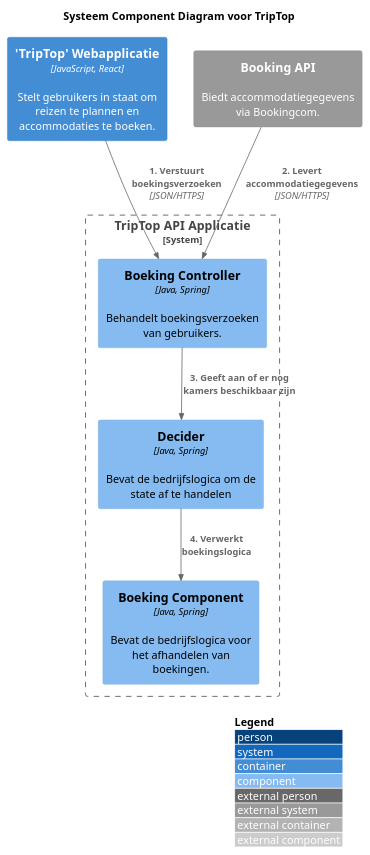
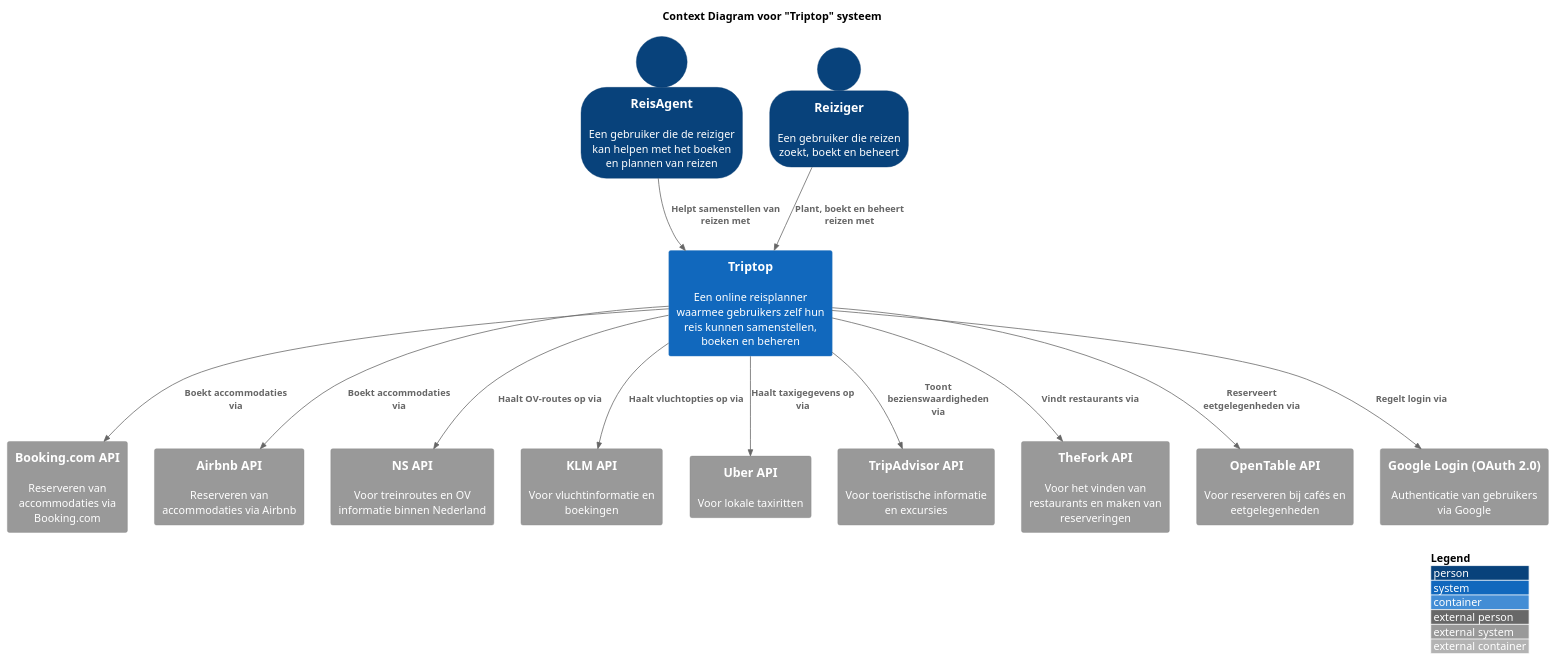
One commit to AIM-ENE-feb25/triptop-groep-4-afscheidscadeau-voor-juf-kim changed the diagram in opdracht-diagrammen/Context Diagram.puml. Above: the diagram before and after it, drawn with PlantUML.

Commit message:
Teruggezet Context Diagram

```diff
--- a/opdracht-diagrammen/Context Diagram.puml
+++ b/opdracht-diagrammen/Context Diagram.puml
@@ -1,24 +1,41 @@
-@startuml
-!include https://raw.githubusercontent.com/plantuml-stdlib/C4-PlantUML/master/C4_Component.puml
-title Systeem Component Diagram voor TripTop
+@startuml C4_Elements
+!include https://raw.githubusercontent.com/plantuml-stdlib/C4-PlantUML/master/C4_Container.puml
 
+title Context Diagram voor "Triptop" systeem
+
+SHOW_PERSON_OUTLINE()
 LAYOUT_WITH_LEGEND()
 
-Container(webapp, "'TripTop' Webapplicatie", "JavaScript, React", "Stelt gebruikers in staat om reizen te plannen en accommodaties te boeken.")
+Person(ReisAgent, "ReisAgent", "Een gebruiker die de reiziger kan helpen met het boeken en plannen van reizen")
 
-System_Boundary(triptop, "TripTop API Applicatie") {
+Person(Reiziger, "Reiziger", "Een gebruiker die reizen zoekt, boekt en beheert")
 
-    Component(bookingController, "Boeking Controller", "Java, Spring", "Behandelt boekingsverzoeken van gebruikers.")
-    Component(bookingComponent, "Boeking Component", "Java, Spring", "Bevat de bedrijfslogica voor het afhandelen van boekingen.")
-    Component(decider, "Decider", "Java, Spring", "Bevat de bedrijfslogica om de state af te handelen")
-}
+System(TriptopApp, "Triptop", "Een online reisplanner waarmee gebruikers zelf hun reis kunnen samenstellen, boeken en beheren")
 
+System_Ext(BookingComAPI, "Booking.com API", "Reserveren van accommodaties via Booking.com")
+System_Ext(AirbnbAPI, "Airbnb API", "Reserveren van accommodaties via Airbnb")
 
-System_Ext(bookingAPI, "Booking API", "Biedt accommodatiegegevens via Bookingcom.")
+System_Ext(NSAPI, "NS API", "Voor treinroutes en OV informatie binnen Nederland")
+System_Ext(KLMAPI, "KLM API", "Voor vluchtinformatie en boekingen")
+System_Ext(UberAPI, "Uber API", "Voor lokale taxiritten")
 
-Rel(bookingAPI, bookingController, "2. Levert accommodatiegegevens", "JSON/HTTPS")
-Rel(webapp, bookingController, "1. Verstuurt boekingsverzoeken", "JSON/HTTPS")
-Rel(bookingController, decider, "3. Geeft aan of er nog kamers beschikbaar zijn", "")
-Rel(decider, bookingComponent, "4. Verwerkt boekingslogica")
+System_Ext(TripAdvisorAPI, "TripAdvisor API", "Voor toeristische informatie en excursies")
+
+System_Ext(TheForkAPI, "TheFork API", "Voor het vinden van restaurants en maken van reserveringen")
+System_Ext(OpenTableAPI, "OpenTable API", "Voor reserveren bij cafés en eetgelegenheden")
+
+System_Ext(GoogleLogin, "Google Login (OAuth 2.0)", "Authenticatie van gebruikers via Google")
+
+Rel(Reiziger, TriptopApp, "Plant, boekt en beheert reizen met")
+Rel(ReisAgent, TriptopApp, "Helpt samenstellen van reizen met")
+Rel(TriptopApp, BookingComAPI, "Boekt accommodaties via")
+Rel(TriptopApp, AirbnbAPI, "Boekt accommodaties via")
+Rel(TriptopApp, NSAPI, "Haalt OV-routes op via")
+Rel(TriptopApp, KLMAPI, "Haalt vluchtopties op via")
+Rel(TriptopApp, UberAPI, "Haalt taxigegevens op via")
+Rel(TriptopApp, TripAdvisorAPI, "Toont bezienswaardigheden via")
+Rel(TriptopApp, TheForkAPI, "Vindt restaurants via")
+Rel(TriptopApp, OpenTableAPI, "Reserveert eetgelegenheden via")
+Rel(TriptopApp, GoogleLogin, "Regelt login via")
 
 @enduml
```
